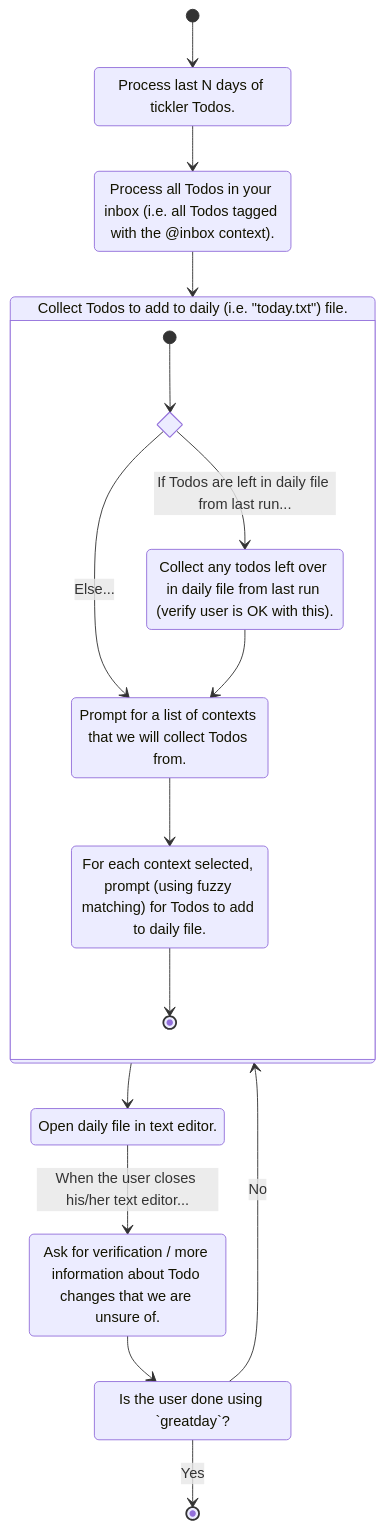
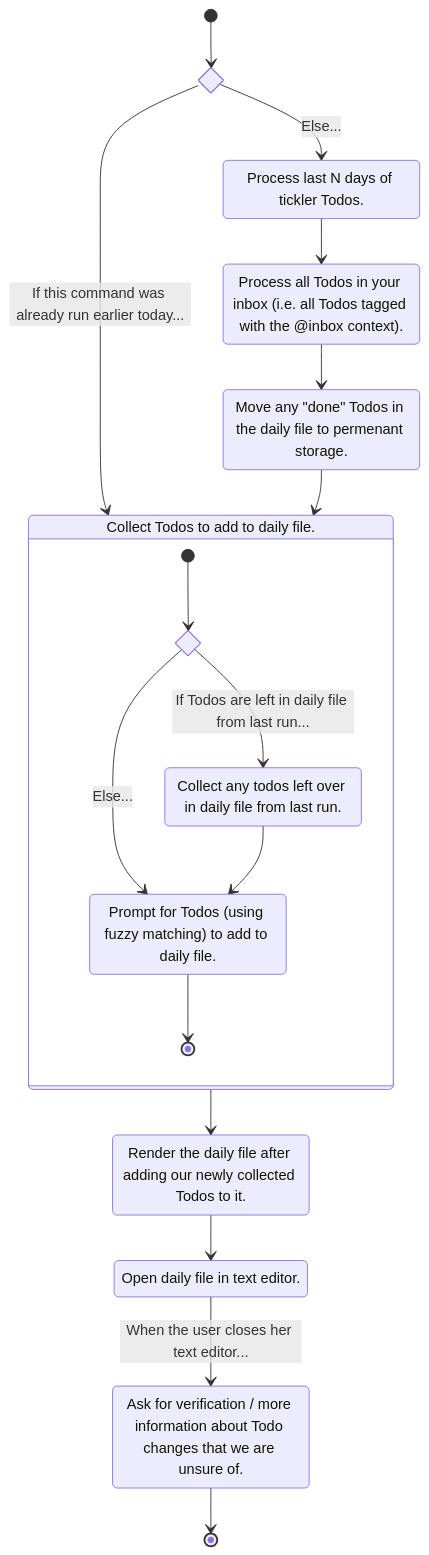
Before and after one commit to bbugyi200/greatday: the diagram in docs/design/design.template.md, drawn with Mermaid. The commit also changed 1 other file, not shown here.

Commit message:
Update state diagram

````diff
--- a/docs/design/design.template.md
+++ b/docs/design/design.template.md
@@ -7,34 +7,37 @@
 ```mermaid
 stateDiagram-v2
+    state if_run_today <<choice>>
+
     tickle: Process last N days of tickler Todos.
     inbox: Process all Todos in your inbox (i.e. all Todos tagged with the @inbox context).
-    collect: Collect Todos to add to daily (i.e. "today.txt") file.
-    daily: Open daily file in text editor.
+    remove_done_todos: Move any "done" Todos in the daily file to permenant storage.
+    collect: Collect Todos to add to daily file.
+    edit_daily: Open daily file in text editor.
     check_daily: Ask for verification / more information about Todo changes that we are unsure of.
-    prompt_if_done: Is the user done using `greatday`?
+    render_daily: Render the daily file after adding our newly collected Todos to it.
 
-    [*] --> tickle
+    [*] --> if_run_today
+    if_run_today --> tickle: Else...
+    if_run_today --> collect: If this command was already run earlier today...
     tickle --> inbox
-    inbox --> collect
+    inbox --> remove_done_todos
+    remove_done_todos --> collect
 
     state collect {
         state if_leftover <<choice>>
 
-        collect_leftover: Collect any todos left over in daily file from last run (verify user is OK with this).
-        collect_ctx_prompt: Prompt for a list of contexts that we will collect Todos from.
-        collect_fuzzy: For each context selected, prompt (using fuzzy matching) for Todos to add to daily file.
+        collect_leftover: Collect any todos left over in daily file from last run.
+        collect_fuzzy: Prompt for Todos (using fuzzy matching) to add to daily file.
 
         [*] --> if_leftover
         if_leftover --> collect_leftover: If Todos are left in daily file from last run...
-        if_leftover --> collect_ctx_prompt: Else...
-        collect_leftover --> collect_ctx_prompt
-        collect_ctx_prompt --> collect_fuzzy
+        if_leftover --> collect_fuzzy: Else...
+        collect_leftover --> collect_fuzzy
         collect_fuzzy --> [*]
     }
 
-    collect --> daily
-    daily --> check_daily: When the user closes his/her text editor...
-    check_daily --> prompt_if_done
-    prompt_if_done --> [*]: Yes
-    prompt_if_done --> collect: No
+    collect --> render_daily
+    render_daily --> edit_daily
+    edit_daily --> check_daily: When the user closes her text editor...
+    check_daily --> [*]
 ```
````
